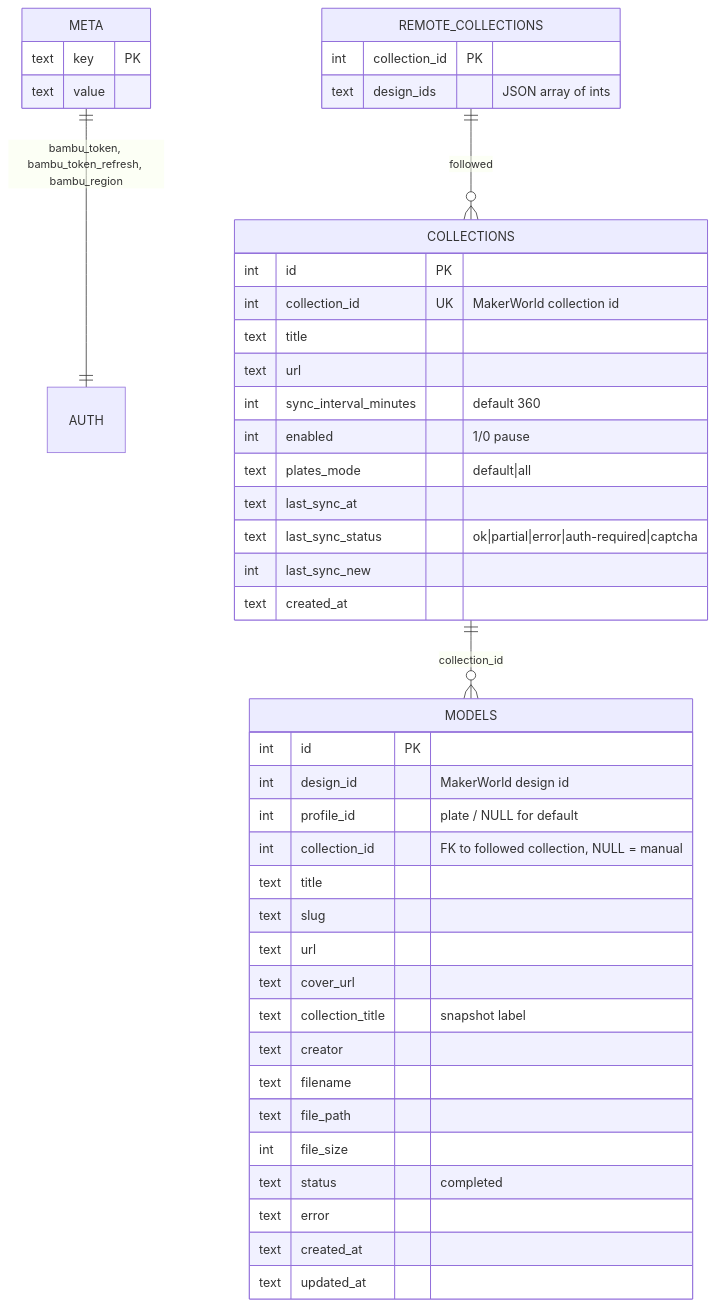
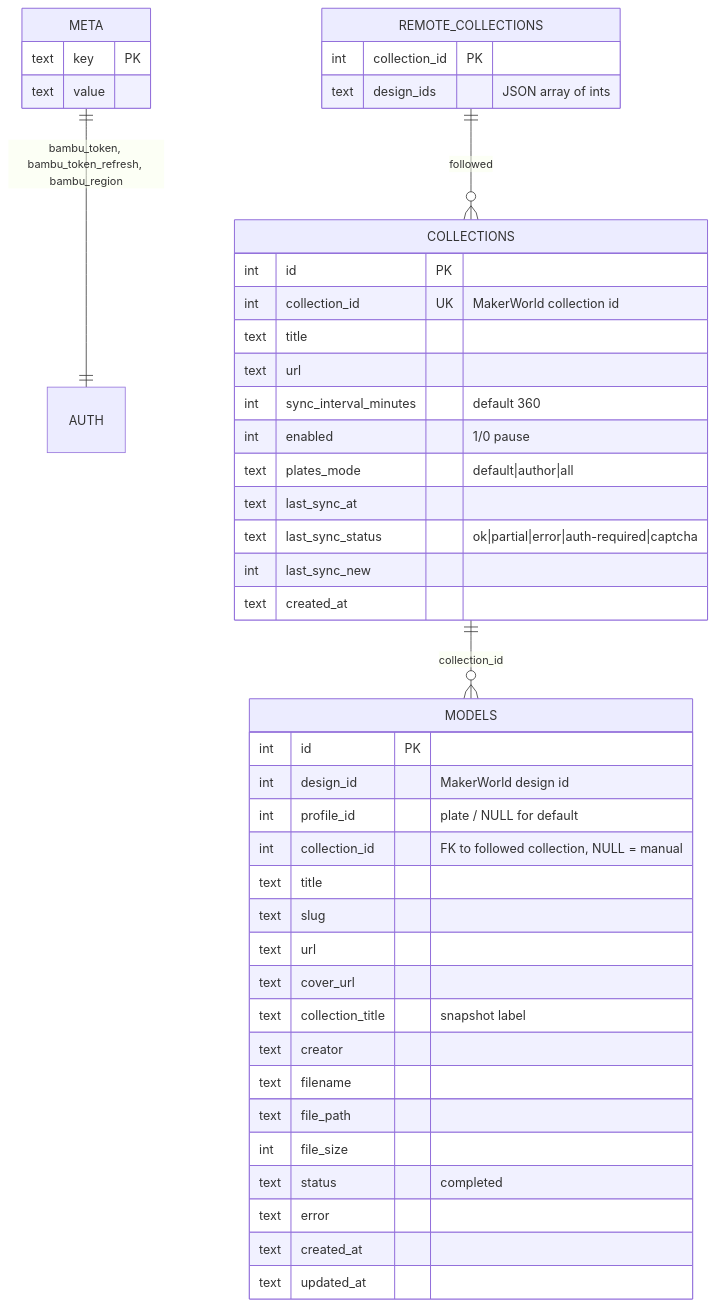
The diagram in docs/data-model.md (majkel17/bambu-downloader), drawn with Mermaid before and after one commit. The commit also changed other lines of this file and 12 other files, not shown here.

First line of the commit message:
Library → Profiles: list a model's print profiles, download extra ones; author sync mode

````diff
--- a/docs/data-model.md
+++ b/docs/data-model.md
@@ -14,47 +14,47 @@
 ```mermaid
 erDiagram
     META ||--|| AUTH : "bambu_token, bambu_token_refresh, bambu_region"
     COLLECTIONS ||--o{ MODELS : "collection_id"
     REMOTE_COLLECTIONS {
         int collection_id PK
         text design_ids "JSON array of ints"
     }
 
     META {
         text key PK
         text value
     }
     MODELS {
         int id PK
         int design_id "MakerWorld design id"
         int profile_id "plate / NULL for default"
         int collection_id "FK to followed collection, NULL = manual"
         text title
         text slug
         text url
         text cover_url
         text collection_title "snapshot label"
         text creator
         text filename
         text file_path
         int file_size
         text status "completed"
         text error
         text created_at
         text updated_at
     }
     COLLECTIONS {
         int id PK
         int collection_id UK "MakerWorld collection id"
         text title
         text url
         int sync_interval_minutes "default 360"
         int enabled "1/0 pause"
-        text plates_mode "default|all"
+        text plates_mode "default|author|all"
         text last_sync_at
         text last_sync_status "ok|partial|error|auth-required|captcha"
         int last_sync_new
         text created_at
     }
     REMOTE_COLLECTIONS ||--o{ COLLECTIONS : "followed"
 ```
````
